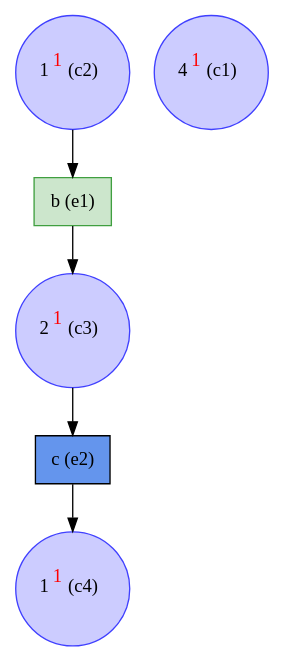
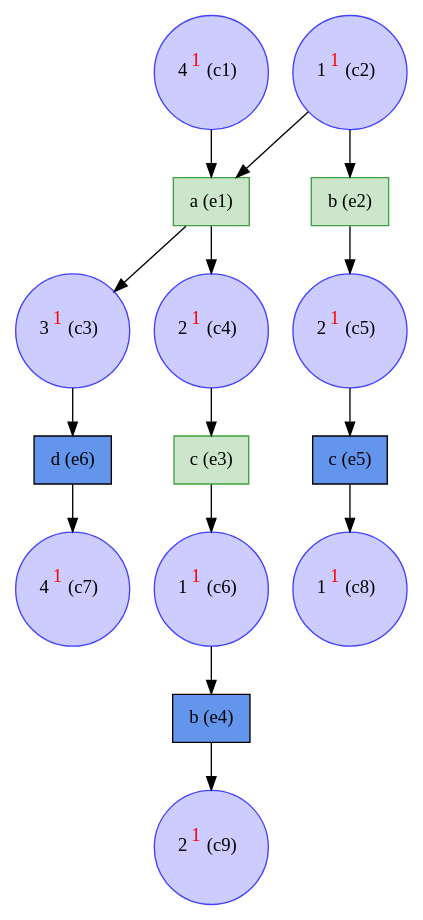
The diagram in examples/stefan_slide/stefan_slide_unf.dot (giannkas/ecofolder), drawn with Graphviz before and after one commit. The commit also changed 34 other files, not shown here.

```diff
--- a/examples/stefan_slide/stefan_slide_unf.dot
+++ b/examples/stefan_slide/stefan_slide_unf.dot
@@ -1,12 +1,31 @@
 digraph test {
+  c1 -> e1;
+  c2 -> e2;
   c2 -> e1;
   e1 -> c3;
-  c3 -> e2;
-  e2 -> c4;
+  c3 -> e6;
+  e1 -> c4;
+  c4 -> e3;
+  e2 -> c5;
+  c5 -> e5;
+  e3 -> c6;
+  c6 -> e4;
+  e6 -> c7;
+  e5 -> c8;
+  e4 -> c9;
   c1 [color="#4040ff" fillcolor="#ccccff" label= <4<FONT COLOR="red"><SUP>1</SUP></FONT>&nbsp;(c1)> shape=circle style=filled];
   c2 [color="#4040ff" fillcolor="#ccccff" label= <1<FONT COLOR="red"><SUP>1</SUP></FONT>&nbsp;(c2)> shape=circle style=filled];
-  c3 [color="#4040ff" fillcolor="#ccccff" label= <2<FONT COLOR="red"><SUP>1</SUP></FONT>&nbsp;(c3)> shape=circle style=filled];
-  c4 [color="#4040ff" fillcolor="#ccccff" label= <1<FONT COLOR="red"><SUP>1</SUP></FONT>&nbsp;(c4)> shape=circle style=filled];
-  e1 [color="#409f40" fillcolor="#cce6cc" label="b (e1)" shape=box style=filled];
-  e2 [color=black fillcolor=cornflowerblue label="c (e2)" shape=box style=filled];
+  c3 [color="#4040ff" fillcolor="#ccccff" label= <3<FONT COLOR="red"><SUP>1</SUP></FONT>&nbsp;(c3)> shape=circle style=filled];
+  c4 [color="#4040ff" fillcolor="#ccccff" label= <2<FONT COLOR="red"><SUP>1</SUP></FONT>&nbsp;(c4)> shape=circle style=filled];
+  c5 [color="#4040ff" fillcolor="#ccccff" label= <2<FONT COLOR="red"><SUP>1</SUP></FONT>&nbsp;(c5)> shape=circle style=filled];
+  c6 [color="#4040ff" fillcolor="#ccccff" label= <1<FONT COLOR="red"><SUP>1</SUP></FONT>&nbsp;(c6)> shape=circle style=filled];
+  c7 [color="#4040ff" fillcolor="#ccccff" label= <4<FONT COLOR="red"><SUP>1</SUP></FONT>&nbsp;(c7)> shape=circle style=filled];
+  c8 [color="#4040ff" fillcolor="#ccccff" label= <1<FONT COLOR="red"><SUP>1</SUP></FONT>&nbsp;(c8)> shape=circle style=filled];
+  c9 [color="#4040ff" fillcolor="#ccccff" label= <2<FONT COLOR="red"><SUP>1</SUP></FONT>&nbsp;(c9)> shape=circle style=filled];
+  e1 [color="#409f40" fillcolor="#cce6cc" label="a (e1)" shape=box style=filled];
+  e2 [color="#409f40" fillcolor="#cce6cc" label="b (e2)" shape=box style=filled];
+  e3 [color="#409f40" fillcolor="#cce6cc" label="c (e3)" shape=box style=filled];
+  e4 [color=black fillcolor=cornflowerblue label="b (e4)" shape=box style=filled];
+  e5 [color=black fillcolor=cornflowerblue label="c (e5)" shape=box style=filled];
+  e6 [color=black fillcolor=cornflowerblue label="d (e6)" shape=box style=filled];
 }
```
